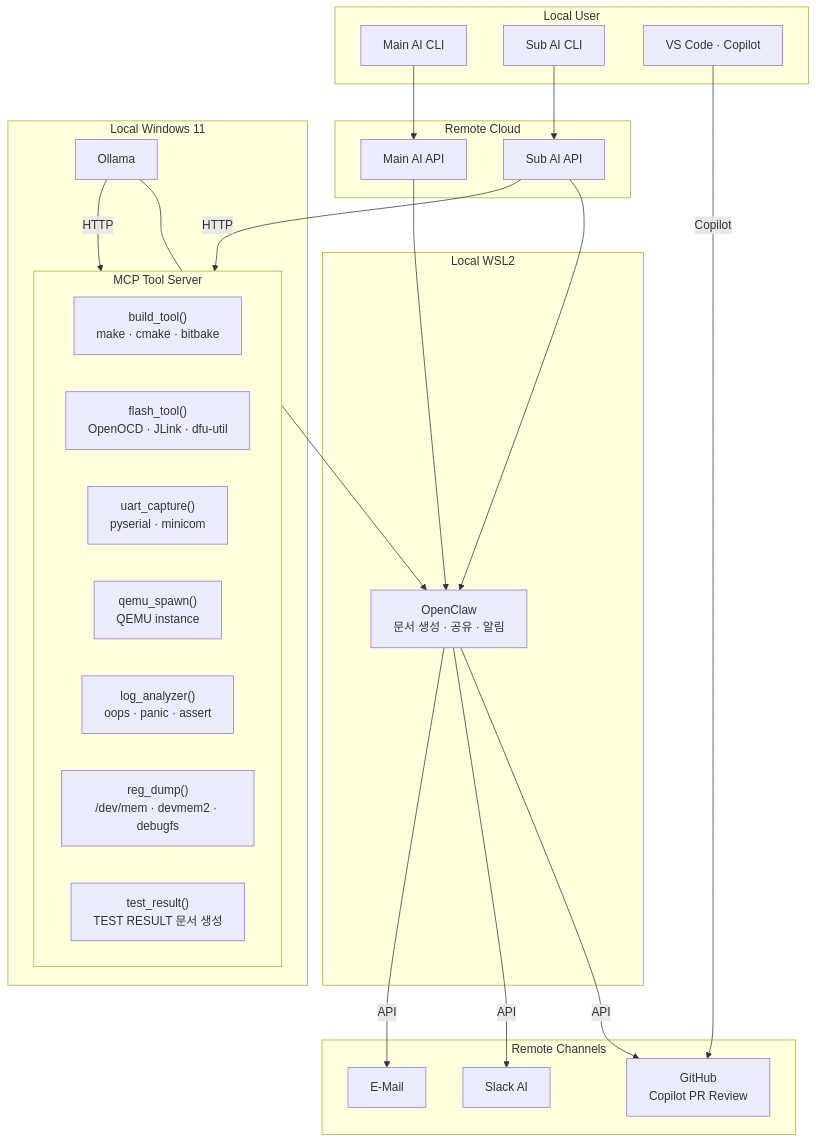
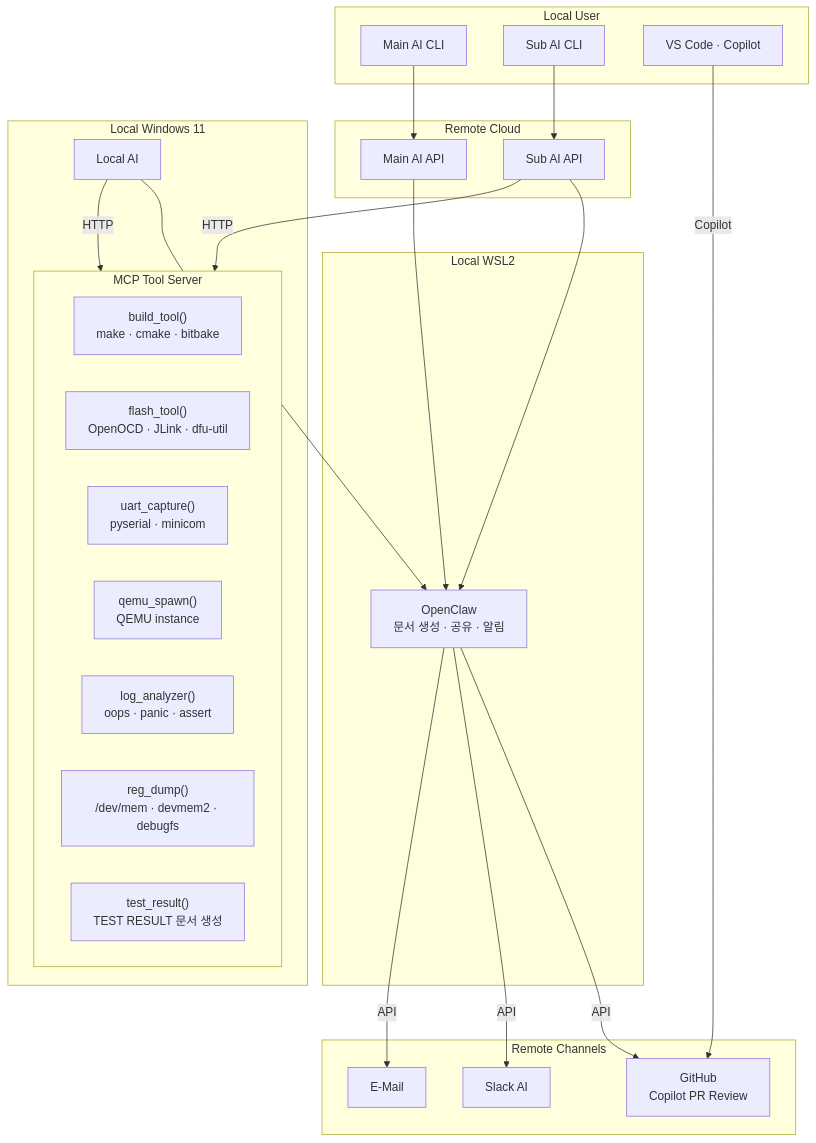
Before and after one commit to JeonghunLee/local-ai-agent-mcp: the first of 2 diagrams in docs/architecture/system-design.md, drawn with Mermaid. The commit also changed other lines of this file, not shown here.

````diff
--- a/docs/architecture/system-design.md
+++ b/docs/architecture/system-design.md
@@ -105,51 +105,51 @@
 ```mermaid
 graph TD
     subgraph UserCLI["Local User"]
         MainAICLI["Main AI CLI"]
         SubAICLI["Sub AI CLI"]
         VSCode["VS Code · Copilot"]
     end
 
     subgraph Remote["Remote Cloud"]
         MainAI["Main AI API"]
         SubAI["Sub AI API"]
     end
 
     subgraph LocalWSL2["Local WSL2"]
         OpenClaw["OpenClaw\n문서 생성 · 공유 · 알림"]
     end
 
     subgraph LocalWindows["Local Windows 11"]
-        Ollama["Ollama"]
+        LocalAI["Local AI"]
         subgraph MCPTools["MCP Tool Server"]
             Build["build_tool()\nmake · cmake · bitbake"]
             Flash["flash_tool()\nOpenOCD · JLink · dfu-util"]
             Uart["uart_capture()\npyserial · minicom"]
             Qemu["qemu_spawn()\nQEMU instance"]
             LogA["log_analyzer()\noops · panic · assert"]
             Reg["reg_dump()\n/dev/mem · devmem2 · debugfs"]
             TestR["test_result()\nTEST RESULT 문서 생성"]
         end
     end
 
     subgraph Channels["Remote Channels"]
         GitHub["GitHub\nCopilot PR Review"]
         Slack["Slack AI"]
         EMail["E-Mail"]              
     end
 
     MainAICLI --> MainAI
     SubAICLI --> SubAI
     VSCode -->|Copilot| GitHub
 
     MainAI --> OpenClaw
     SubAI --> OpenClaw
-    Ollama --> OpenClaw
+    LocalAI --> OpenClaw
 
-    Ollama -->|HTTP| MCPTools
+    LocalAI -->|HTTP| MCPTools
     SubAI -->|HTTP| MCPTools
 
     OpenClaw -->|API| GitHub
     OpenClaw -->|API| Slack
     OpenClaw -->|API| EMail        
 ```
````
